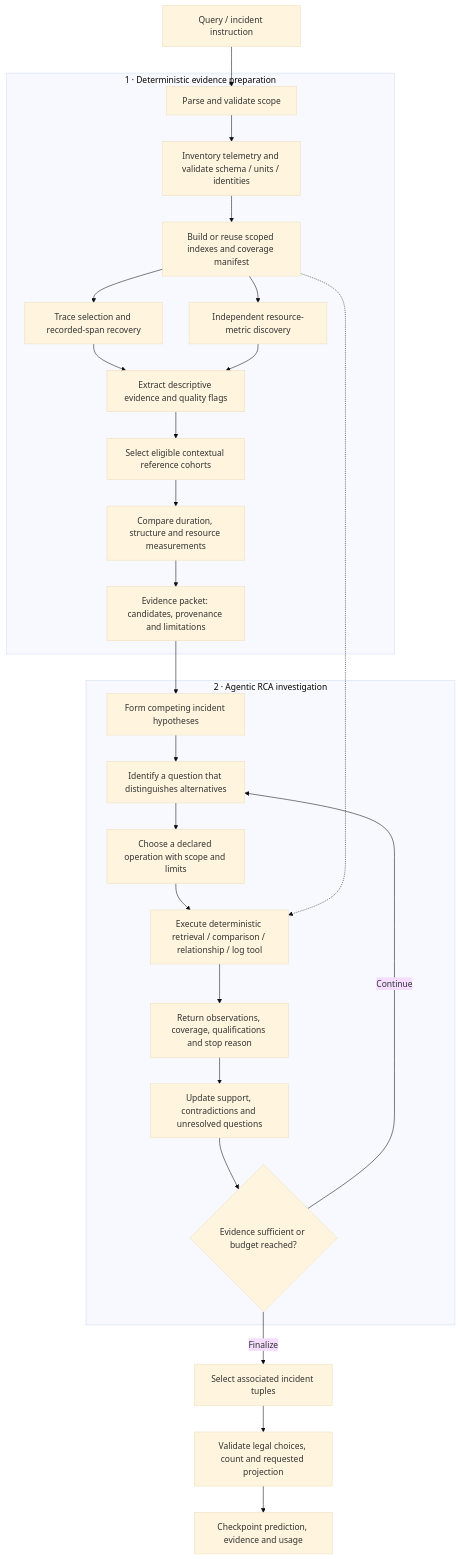
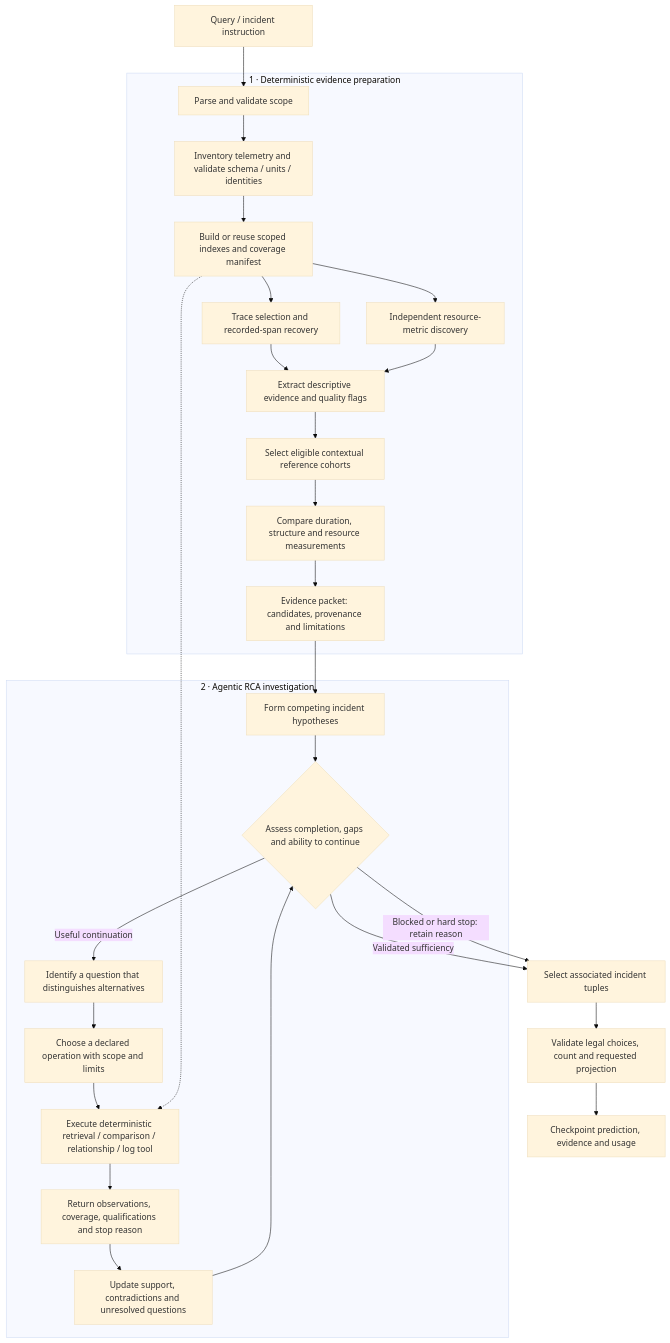
Before and after one commit to EvanWillms/SemanticRCA: the diagram in docs/architecture.md, drawn with Mermaid (base theme). The commit also changed other lines of this file and 190 other files, not shown here.

````diff
--- a/docs/architecture.md
+++ b/docs/architecture.md
@@ -13,29 +13,30 @@
 ```mermaid
 flowchart TD
     Q[Query / incident instruction] --> S[Parse and validate scope]
     subgraph PREP[1 · Deterministic evidence preparation]
         S --> I[Inventory telemetry and validate schema / units / identities]
         I --> X[Build or reuse scoped indexes and coverage manifest]
         X --> T[Trace selection and recorded-span recovery]
         X --> M[Independent resource-metric discovery]
         T --> E[Extract descriptive evidence and quality flags]
         M --> E
         E --> B[Select eligible contextual reference cohorts]
         B --> C[Compare duration, structure and resource measurements]
         C --> P[Evidence packet: candidates, provenance and limitations]
     end
     subgraph LOOP[2 · Agentic RCA investigation]
         P --> H[Form competing incident hypotheses]
-        H --> G[Identify a question that distinguishes alternatives]
+        H --> D{Assess completion, gaps and ability to continue}
+        D -->|Useful continuation| G[Identify a question that distinguishes alternatives]
         G --> A[Choose a declared operation with scope and limits]
         A --> O[Execute deterministic retrieval / comparison / relationship / log tool]
         O --> R[Return observations, coverage, qualifications and stop reason]
         R --> U[Update support, contradictions and unresolved questions]
-        U --> D{Evidence sufficient or budget reached?}
-        D -->|Continue| G
+        U --> D
     end
     X -.-> O
-    D -->|Finalize| F[Select associated incident tuples]
+    D -->|Validated sufficiency| F[Select associated incident tuples]
+    D -->|Blocked or hard stop: retain reason| F
     F --> V[Validate legal choices, count and requested projection]
     V --> OUT[Checkpoint prediction, evidence and usage]
 ```
````
